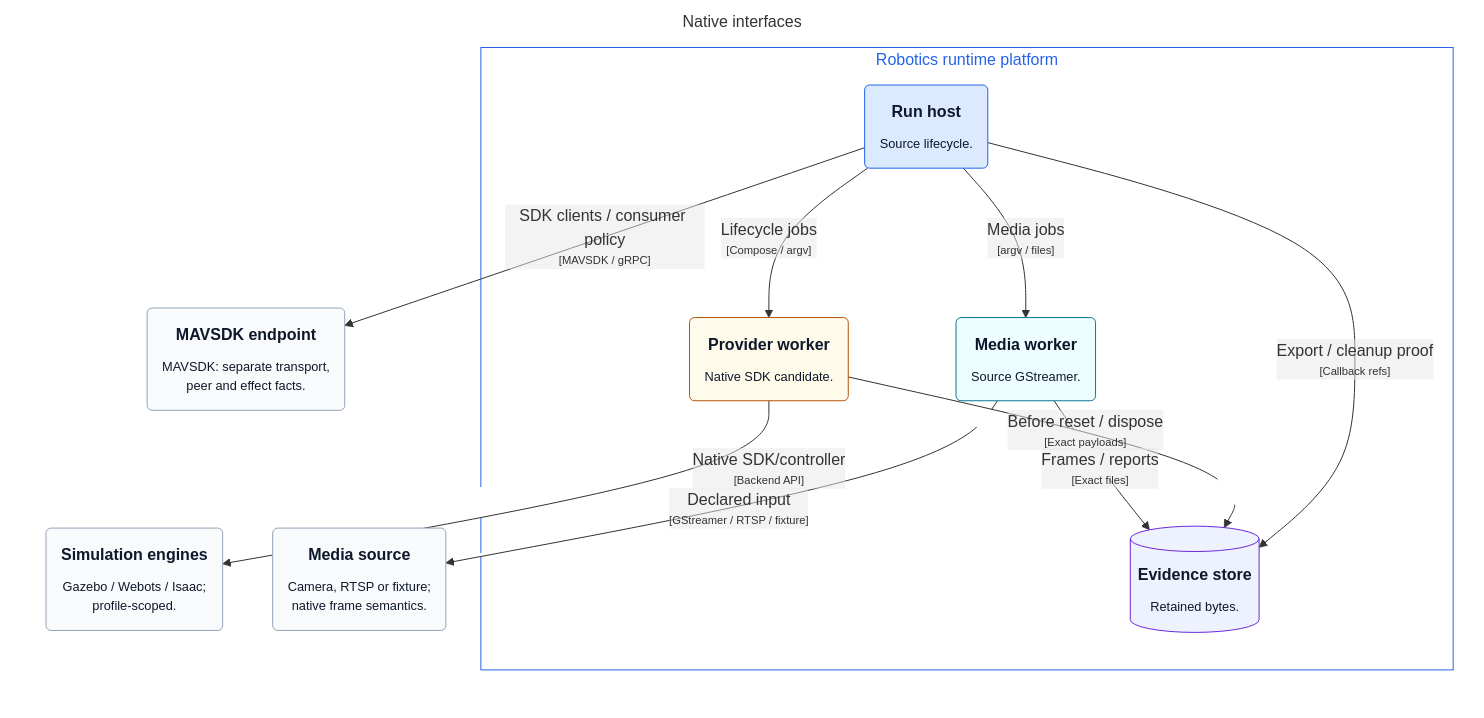
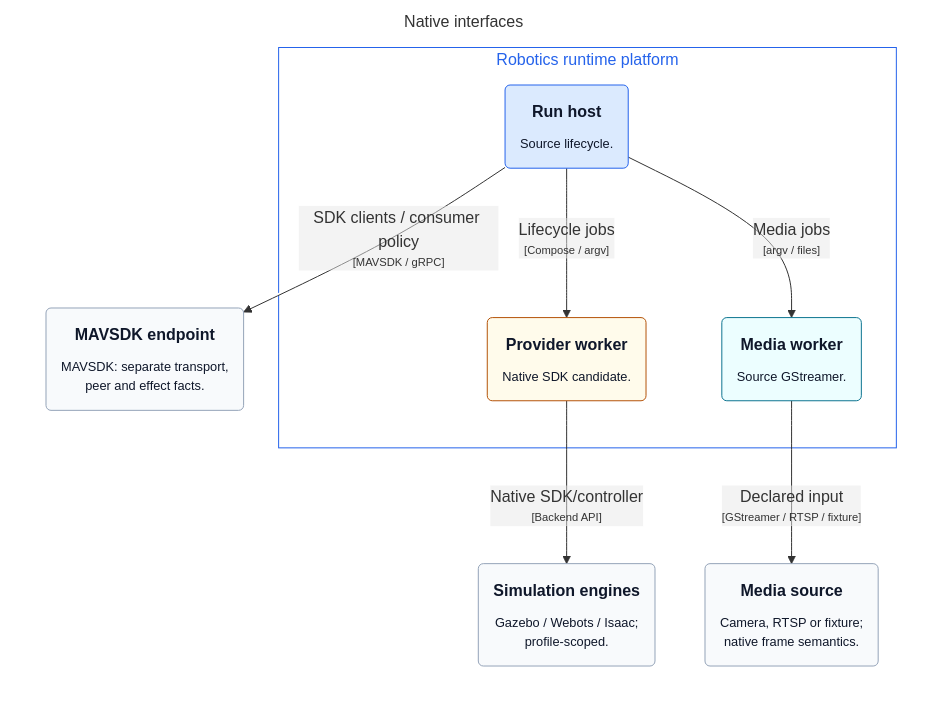
Before and after one commit to mmkolpakov/robotics-runtime: the diagram in docs/architecture/generated/structurizr-NativeInterfaces.mmd, drawn with Mermaid. The commit also changed 3 other files, not shown here.

```diff
--- a/docs/architecture/generated/structurizr-NativeInterfaces.mmd
+++ b/docs/architecture/generated/structurizr-NativeInterfaces.mmd
@@ -1,36 +1,31 @@
 graph LR
   linkStyle default fill:#ffffff
 
   subgraph diagram ["Native interfaces"]
     style diagram fill:#ffffff,stroke:#ffffff
 
     3("<div style='font-weight: bold'>Simulation engines</div><div style='font-size: 80%; margin-top:10px'>Gazebo / Webots / Isaac;<br />profile-scoped.</div>")
     style 3 fill:#f8fafc,stroke:#94a3b8,color:#0f172a
     4("<div style='font-weight: bold'>MAVSDK endpoint</div><div style='font-size: 80%; margin-top:10px'>MAVSDK: separate transport,<br />peer and effect facts.</div>")
     style 4 fill:#f8fafc,stroke:#94a3b8,color:#0f172a
     5("<div style='font-weight: bold'>Media source</div><div style='font-size: 80%; margin-top:10px'>Camera, RTSP or fixture;<br />native frame semantics.</div>")
     style 5 fill:#f8fafc,stroke:#94a3b8,color:#0f172a
 
     subgraph 7 ["Robotics runtime platform"]
       style 7 fill:#ffffff,stroke:#2563eb,color:#2563eb
 
       11("<div style='font-weight: bold'>Provider worker</div><div style='font-size: 80%; margin-top:10px'>Native SDK candidate.</div>")
       style 11 fill:#fffbeb,stroke:#b45309,color:#0f172a
       12("<div style='font-weight: bold'>Media worker</div><div style='font-size: 80%; margin-top:10px'>Source GStreamer.</div>")
       style 12 fill:#ecfeff,stroke:#0e7490,color:#0f172a
-      13[("<div style='font-weight: bold'>Evidence store</div><div style='font-size: 80%; margin-top:10px'>Retained bytes.</div>")]
-      style 13 fill:#eef2ff,stroke:#6d28d9,color:#0f172a
       8("<div style='font-weight: bold'>Run host</div><div style='font-size: 80%; margin-top:10px'>Source lifecycle.</div>")
       style 8 fill:#dbeafe,stroke:#2563eb,color:#0f172a
     end
 
     8-- "<div>Lifecycle jobs</div><div style='font-size: 70%'>[Compose / argv]</div>" -->11
     8-- "<div>SDK clients / consumer policy</div><div style='font-size: 70%'>[MAVSDK / gRPC]</div>" -->4
     8-- "<div>Media jobs</div><div style='font-size: 70%'>[argv / files]</div>" -->12
     12-- "<div>Declared input</div><div style='font-size: 70%'>[GStreamer / RTSP / fixture]</div>" -->5
-    12-- "<div>Frames / reports</div><div style='font-size: 70%'>[Exact files]</div>" -->13
     11-- "<div>Native SDK/controller</div><div style='font-size: 70%'>[Backend API]</div>" -->3
-    11-- "<div>Before reset / dispose</div><div style='font-size: 70%'>[Exact payloads]</div>" -->13
-    8-- "<div>Export / cleanup proof</div><div style='font-size: 70%'>[Callback refs]</div>" -->13
 
   end
```
